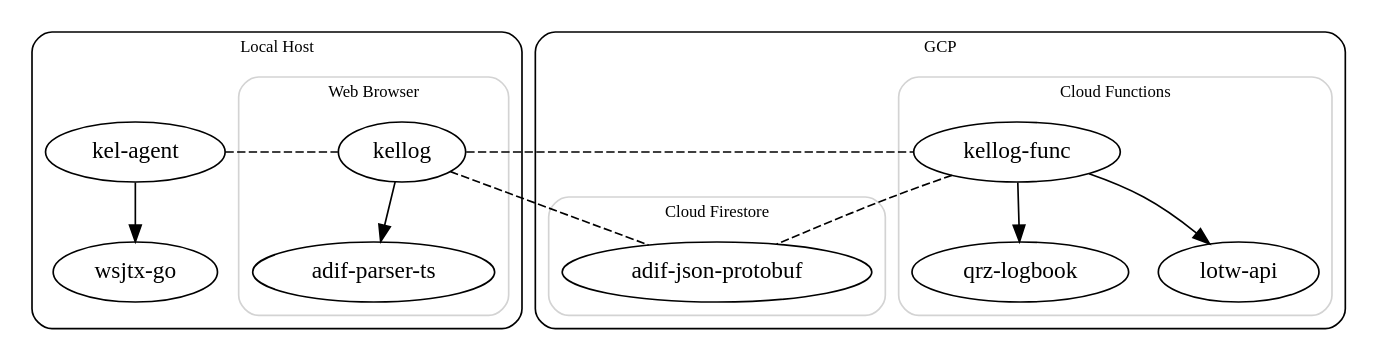
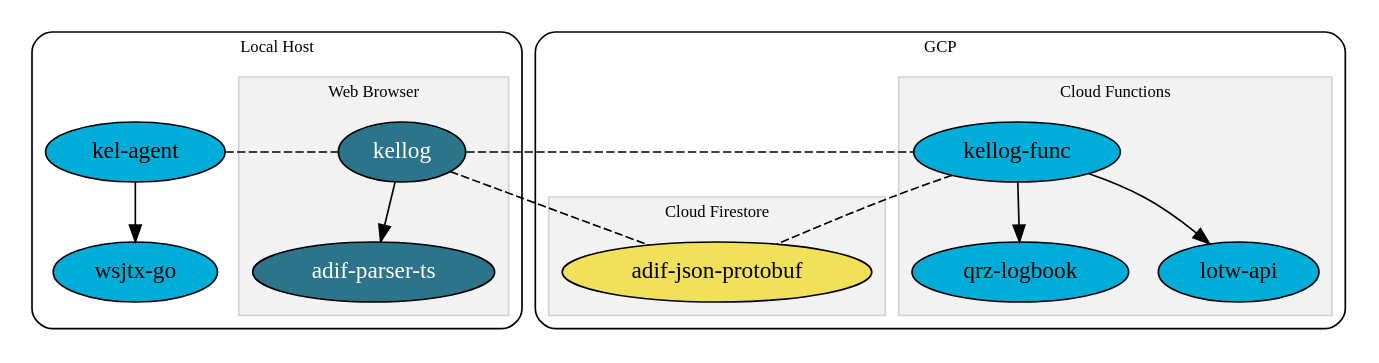
The diagram in architecture.dot (k0swe/docs), drawn with Graphviz before and after one commit. The commit also changed 1 other file, not shown here.

```diff
--- a/architecture.dot
+++ b/architecture.dot
@@ -1,58 +1,64 @@
 digraph {
     graph [truecolor = true bgcolor = "#ffffff00"]
     newrank = true;
 
     subgraph clusterComputer {
-        graph [truecolor = true bgcolor = "#ffffffff"]
+        graph [truecolor = true bgcolor = "gray100"]
         label = "Local Host";
         style = rounded;
         fontsize = 10;
 
         subgraph clusterBrowser {
             label = "Web Browser";
             fontsize = 10;
             color = lightgrey;
+            style=filled;
+            fillcolor = "grey95";
 
-            kellog [URL="https://github.com/k0swe/kellog"]
-            adifparserts [label = "adif-parser-ts"; URL="https://github.com/k0swe/adif-parser-ts"]
+            kellog [URL="https://github.com/k0swe/kellog"; style=filled; fillcolor="#2b7489"; fontcolor=white]
+            adifparserts [label = "adif-parser-ts"; URL="https://github.com/k0swe/adif-parser-ts"; style=filled; fillcolor="#2b7489"; fontcolor=white]
             kellog -> adifparserts
         };
-        agent [label = "kel-agent"; URL="https://github.com/k0swe/kel-agent"]
-        wsjtxgo [label = "wsjtx-go"; URL="https://github.com/k0swe/wsjtx-go"]
+        agent [label = "kel-agent"; URL="https://github.com/k0swe/kel-agent"; style=filled; fillcolor="#00ADD8"]
+        wsjtxgo [label = "wsjtx-go"; URL="https://github.com/k0swe/wsjtx-go"; style=filled; fillcolor="#00ADD8"]
         agent -> wsjtxgo
     }
 
     subgraph clusterGCP {
-        graph [truecolor = true bgcolor = "#ffffffff"]
+        graph [truecolor = true bgcolor = "gray100"]
         label = "GCP";
         style = rounded;
         fontsize = 10;
 
         subgraph clusterGCF {
             label = "Cloud Functions";
             fontsize = 10;
             color = lightgrey;
+            style=filled;
+            fillcolor = "grey95";
 
-            func [label = "kellog-func"; URL="https://github.com/k0swe/kellog-func"]
-            qrzlogbook [label = "qrz-logbook"; URL="https://github.com/k0swe/qrz-logbook"]
-            lotwapi [label = "lotw-api"; URL="https://github.com/k0swe/lotw-api"]
+            func [label = "kellog-func"; URL="https://github.com/k0swe/kellog-func"; style=filled; fillcolor="#00ADD8"]
+            qrzlogbook [label = "qrz-logbook"; URL="https://github.com/k0swe/qrz-logbook"; style=filled; fillcolor="#00ADD8"]
+            lotwapi [label = "lotw-api"; URL="https://github.com/k0swe/lotw-api"; style=filled; fillcolor="#00ADD8"]
             func -> qrzlogbook
             func -> lotwapi
         };
 
         subgraph clusterFirebase {
             label = "Cloud Firestore";
             fontsize = 10;
             color = lightgrey;
-            adifjson [label = "adif-json-protobuf"; URL="https://github.com/k0swe/adif-json-protobuf"]
+            style=filled;
+            fillcolor = "grey95";
+            adifjson [label = "adif-json-protobuf"; URL="https://github.com/k0swe/adif-json-protobuf"; style=filled; fillcolor="#f1e05a"]
         };
     };
 
     edge [style = dashed; dir = none;]
     {rank = same; kellog; agent; func}
 
     agent -> kellog;
     kellog -> adifjson;
     kellog -> func;
     func -> adifjson;
 }
```
